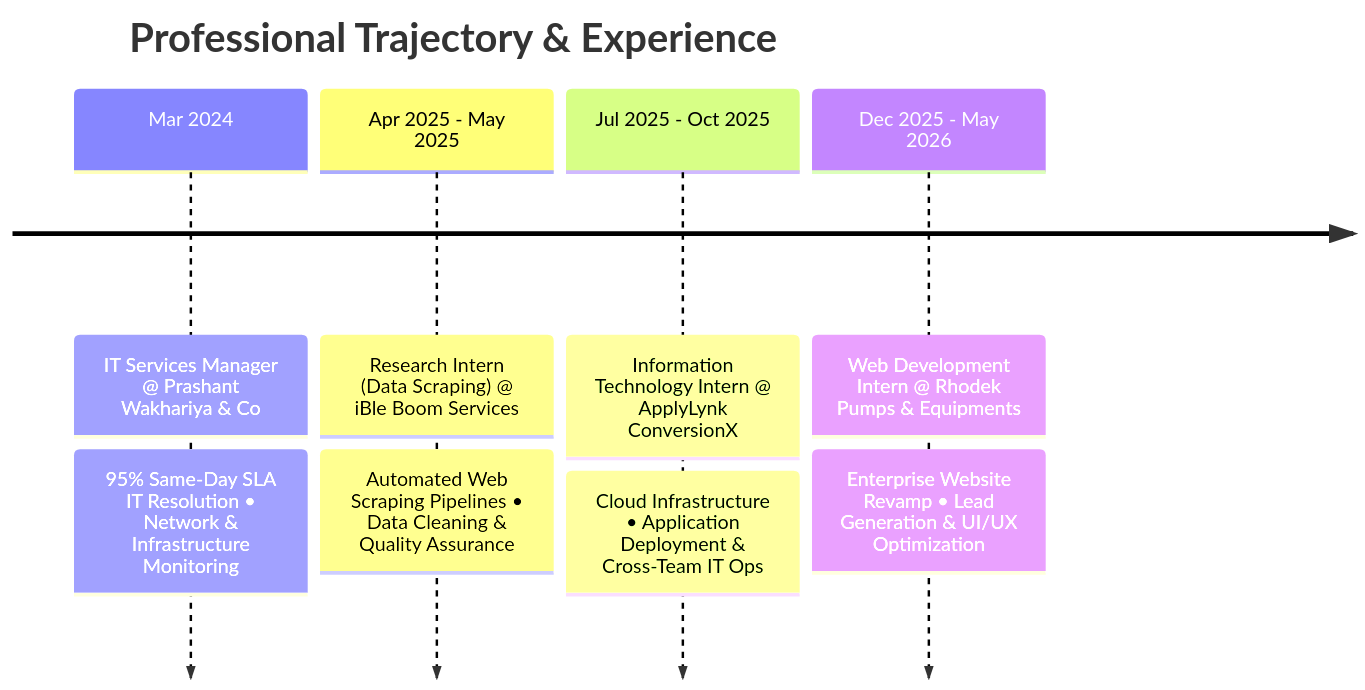
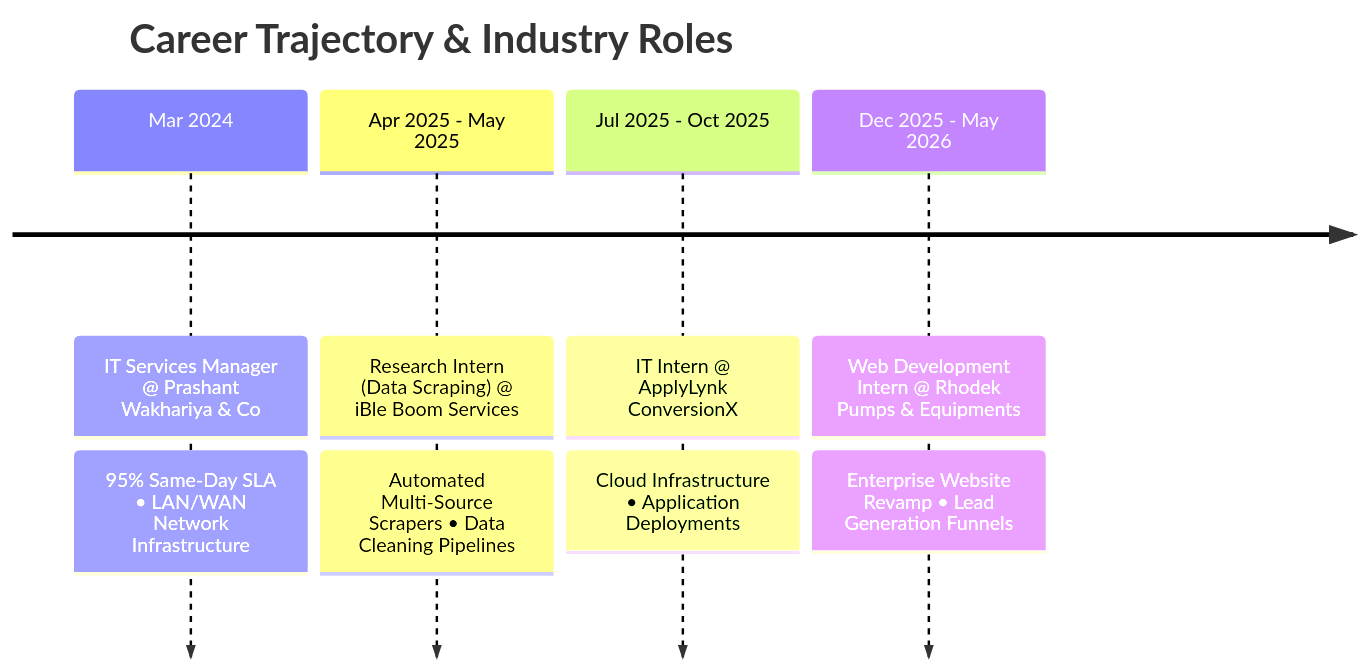
Before and after one commit to Romil157/Romil157: the diagram in README.md, drawn with Mermaid. The commit also changed other lines of this file, not shown here.

Commit message:
Elevate Experience and Hackathons sections with card layouts, badges, and tech tags

````diff
--- a/README.md
+++ b/README.md
@@ -229,12 +229,12 @@
 ```mermaid
 timeline
-    title Professional Trajectory & Experience
+    title Career Trajectory & Industry Roles
     Mar 2024 : IT Services Manager @ Prashant Wakhariya & Co
-             : 95% Same-Day SLA IT Resolution • Network & Infrastructure Monitoring
+             : 95% Same-Day SLA • LAN/WAN Network Infrastructure
     Apr 2025 - May 2025 : Research Intern (Data Scraping) @ iBle Boom Services
-                        : Automated Web Scraping Pipelines • Data Cleaning & Quality Assurance
-    Jul 2025 - Oct 2025 : Information Technology Intern @ ApplyLynk ConversionX
-                        : Cloud Infrastructure • Application Deployment & Cross-Team IT Ops
+                        : Automated Multi-Source Scrapers • Data Cleaning Pipelines
+    Jul 2025 - Oct 2025 : IT Intern @ ApplyLynk ConversionX
+                        : Cloud Infrastructure • Application Deployments
     Dec 2025 - May 2026 : Web Development Intern @ Rhodek Pumps & Equipments
-                        : Enterprise Website Revamp • Lead Generation & UI/UX Optimization
+                        : Enterprise Website Revamp • Lead Generation Funnels
 ```
````
